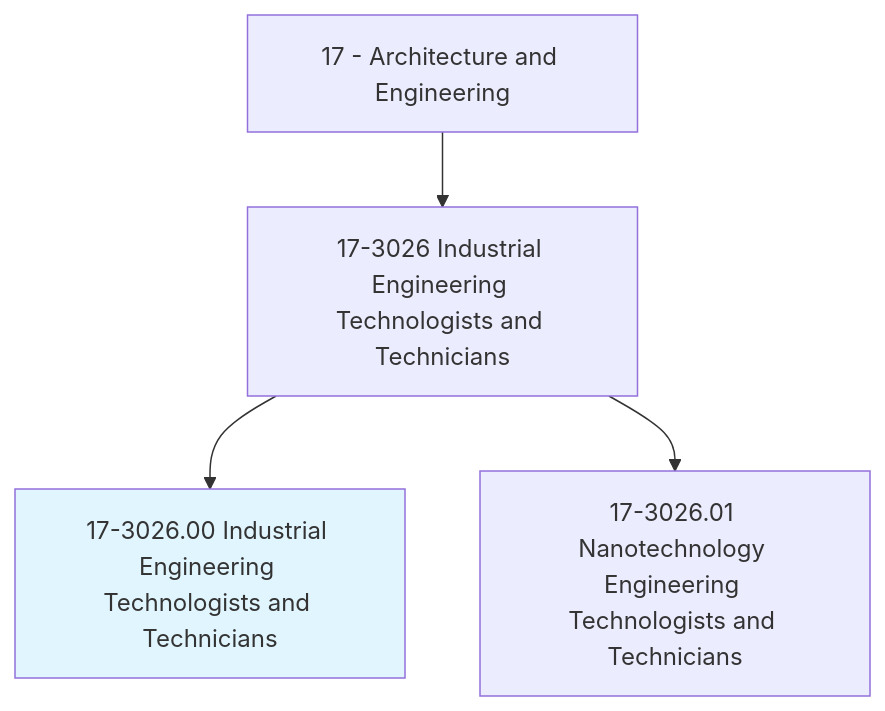
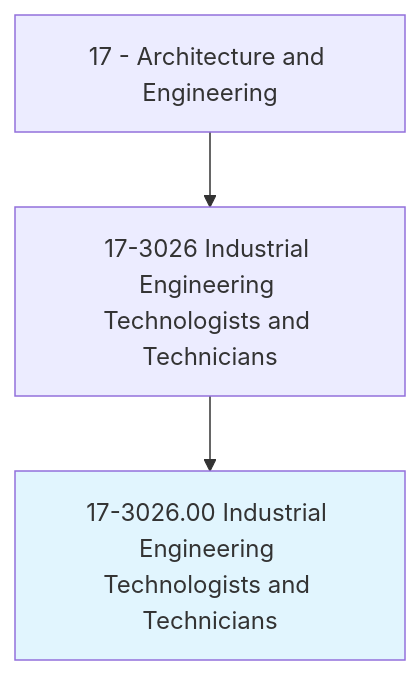
The first of 4 diagrams in occupations/Architecture/IndustrialEngineeringTechnologistsAndTechnicians.mdx (kziemski/business.org.ai), drawn with Mermaid before and after one commit. The commit also changed other lines of this file and 938 other files, not shown here.

````diff
--- a/occupations/Architecture/IndustrialEngineeringTechnologistsAndTechnicians.mdx
+++ b/occupations/Architecture/IndustrialEngineeringTechnologistsAndTechnicians.mdx
@@ -19,7 +23,6 @@
 ```mermaid
 graph TD
     Cat17["17 - Architecture and Engineering"] --> Group173026["17-3026 Industrial Engineering Technologists and Technicians"]
     Group173026 --> Current["17-3026.00 Industrial Engineering Technologists and Technicians"]
     style Current fill:#e1f5fe
-    Group173026 --> V17302601["17-3026.01 Nanotechnology Engineering Technologists and Technicians"]
 ```
````
